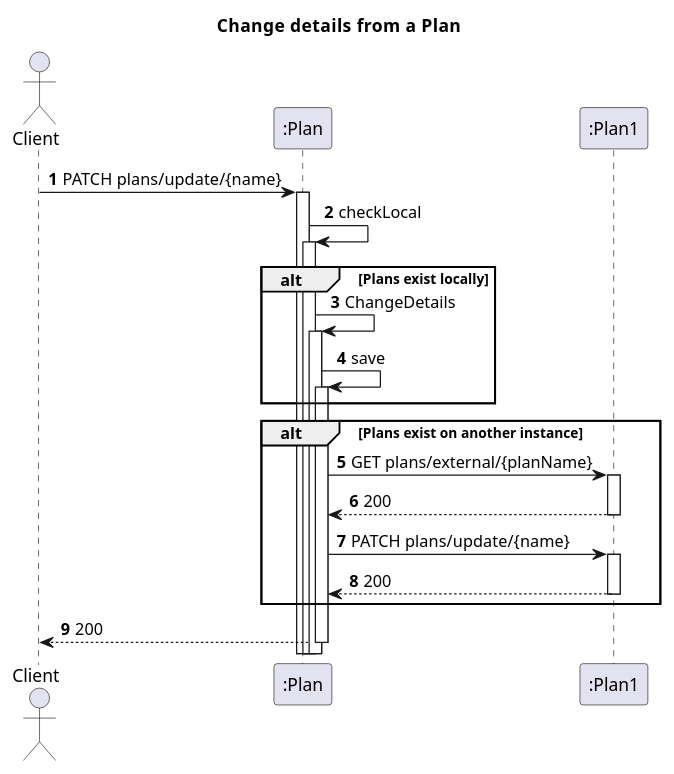
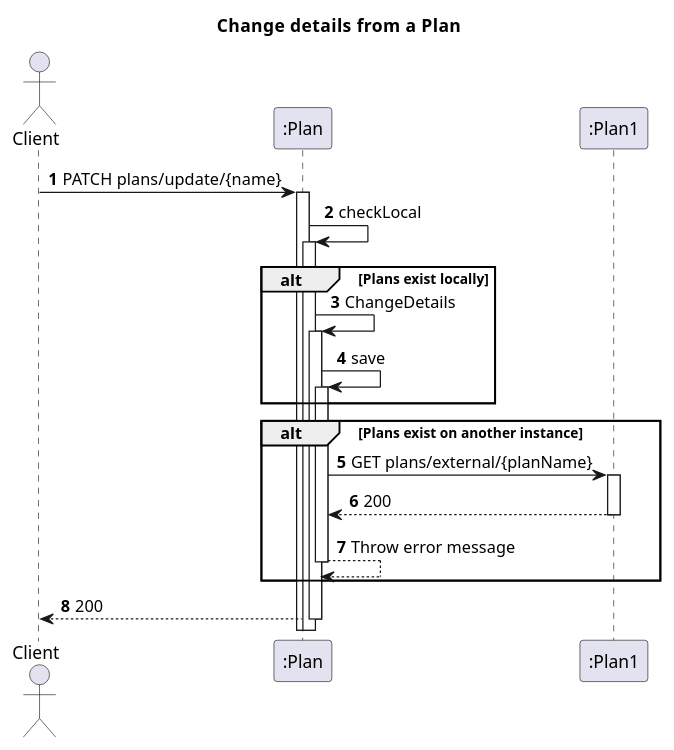
Before and after one commit to IsepMartimOliveira/SIDIS: the diagram in docs_sidis/Plans/Vista_Logica/N2/N2_ChangeDetails_Plan.puml, drawn with PlantUML. The commit also changed 1 other file, not shown here.

Commit message:
Update Doc Plans

```diff
--- a/docs_sidis/Plans/Vista_Logica/N2/N2_ChangeDetails_Plan.puml
+++ b/docs_sidis/Plans/Vista_Logica/N2/N2_ChangeDetails_Plan.puml
@@ -1,37 +1,37 @@
 @startuml
 'https://plantuml.com/sequence-diagram
 autoactivate on
 autonumber
 title  Change details from  a  Plan
 
 autonumber
 
 actor "Client" as Ac
 participant ":Plan" as Auth
 participant ":Plan1" as Serv
 
 
 Ac->Auth:PATCH plans/update/{name}
 Auth->Auth:checkLocal
 
 alt Plans exist locally
 Auth->Auth:ChangeDetails
 Auth->Auth:save
 end
 alt Plans exist on another instance
 Auth->Serv: GET plans/external/{planName}
 Serv-->Auth:200
-Auth->Serv:PATCH plans/update/{name}
-Serv-->Auth:200
+Auth-->Auth:Throw error message
+
 end
 Auth-->Ac:200
 
 
 
 
 
 
 
 
 
 @enduml
```
